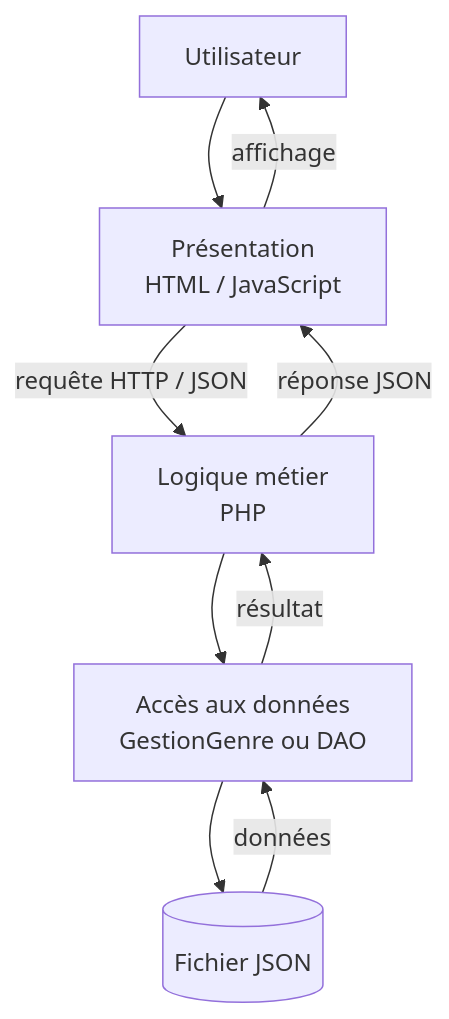
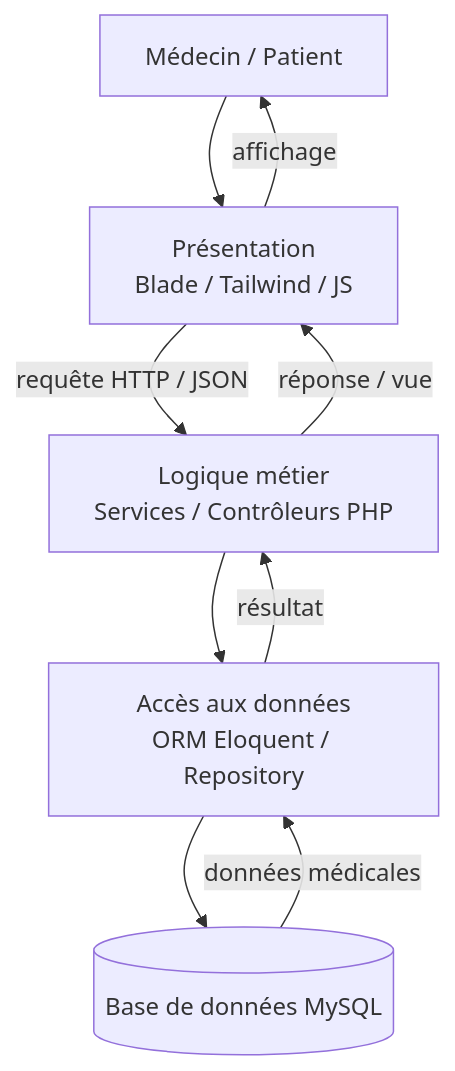
The second of 3 diagrams in Rapport/Architecture logicielle/architecture_du_system.md (Oussama-Ech-charef/projet_file_rougee), drawn with Mermaid before and after one commit. The commit also changed other lines of this file and 12 other files, not shown here.

````diff
--- a/Rapport/Architecture logicielle/architecture_du_system.md
+++ b/Rapport/Architecture logicielle/architecture_du_system.md
@@ -33,11 +33,11 @@
 ```mermaid
 flowchart TB
-    U[Utilisateur] --> P[Présentation<br/>HTML / JavaScript]
-    P -->|requête HTTP / JSON| L[Logique métier<br/>PHP]
-    L --> A[Accès aux données<br/>GestionGenre ou DAO]
-    A --> D[(Fichier JSON)]
-    D -->|données| A
+    U[Médecin / Patient] --> P[Présentation<br/>Blade / Tailwind / JS]
+    P -->|requête HTTP / JSON| L[Logique métier<br/>Services / Contrôleurs PHP]
+    L --> A[Accès aux données<br/>ORM Eloquent / Repository]
+    A --> D[(Base de données MySQL)]
+    D -->|données médicales| A
     A -->|résultat| L
-    L -->|réponse JSON| P
+    L -->|réponse / vue| P
     P -->|affichage| U
 ```
````
